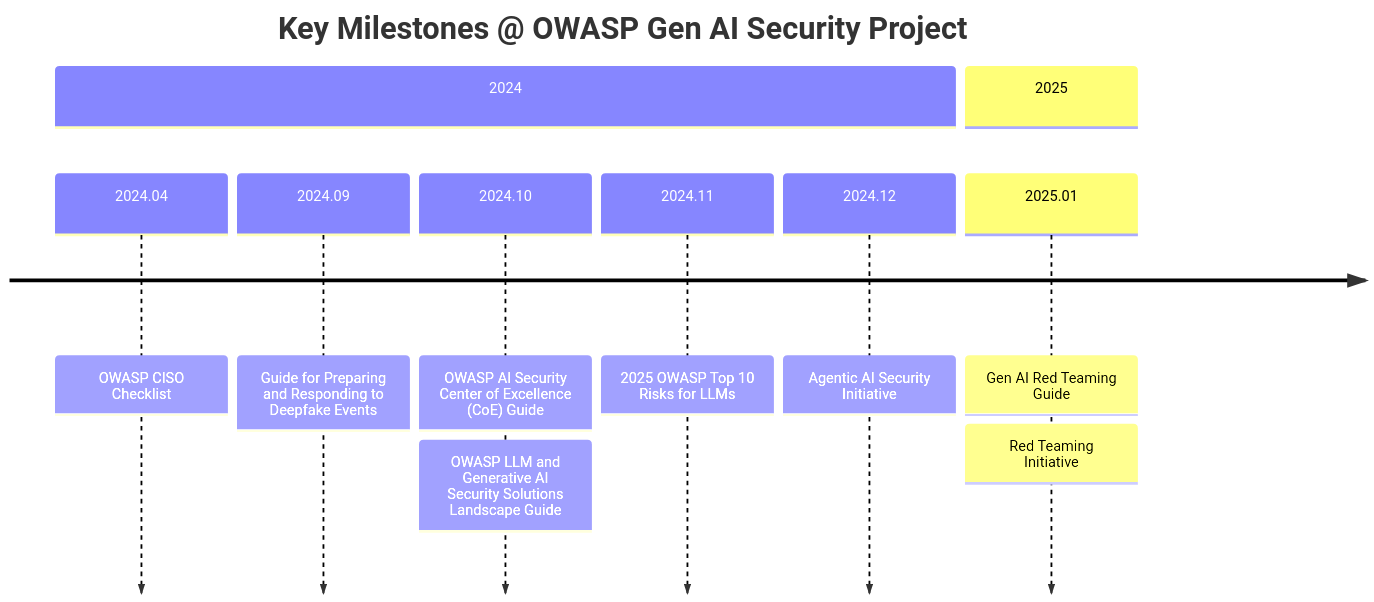
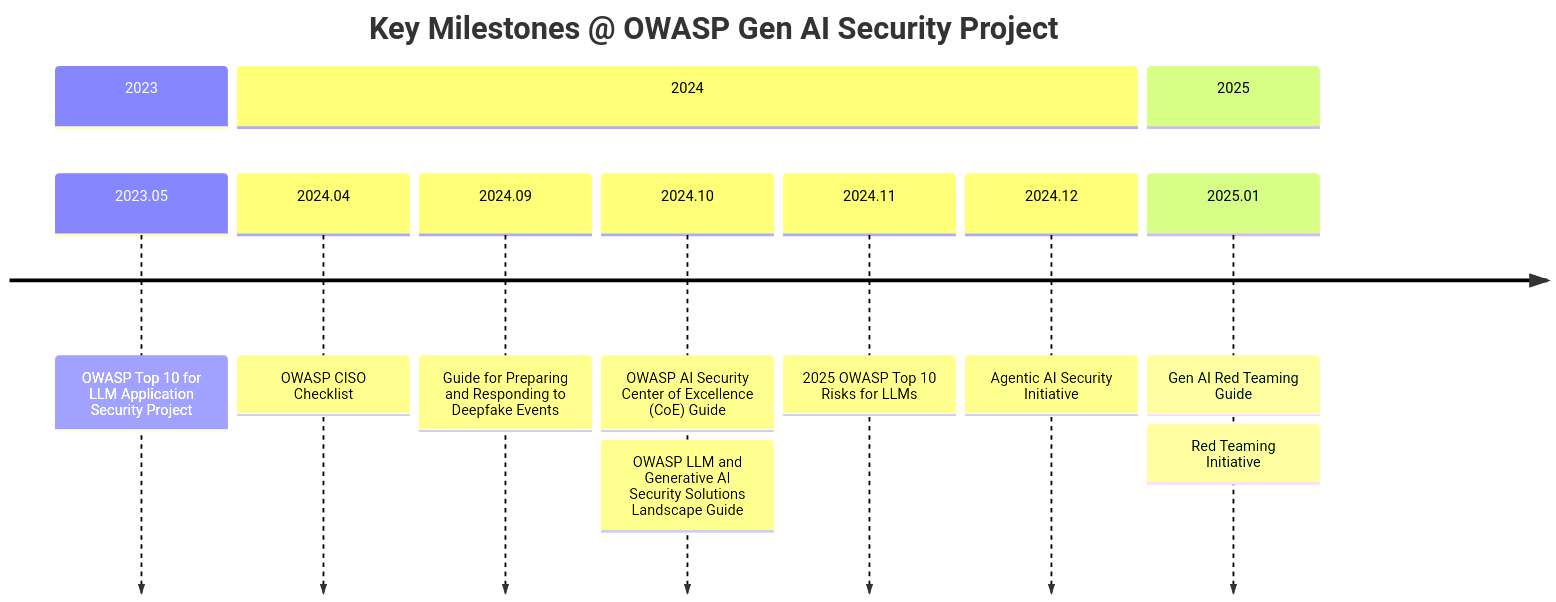
One commit to hsiangjenli/2025-it-help-ironman changed the diagram in source/challenges/day-26.md. Above: the diagram before and after it, drawn with Mermaid. The commit also changed other lines of this file, not shown here.

````diff
--- a/source/challenges/day-26.md
+++ b/source/challenges/day-26.md
@@ -8,14 +20,16 @@
 ```mermaid
 timeline
     title Key Milestones @ OWASP Gen AI Security Project
+    section 2023
+    2023.05 : OWASP Top 10 for LLM Application Security Project
     section 2024
-    2024.04 :  OWASP CISO Checklist
+    2024.04 : OWASP CISO Checklist
     2024.09 : Guide for Preparing and Responding to Deepfake Events
     2024.10 : OWASP AI Security Center of Excellence (CoE) Guide
             : OWASP LLM and Generative AI Security Solutions Landscape Guide
     2024.11 : 2025 OWASP Top 10 Risks for LLMs
     2024.12 : Agentic AI Security Initiative
     section 2025
     2025.01 : Gen AI Red Teaming Guide
             : Red Teaming Initiative
 ```
````
